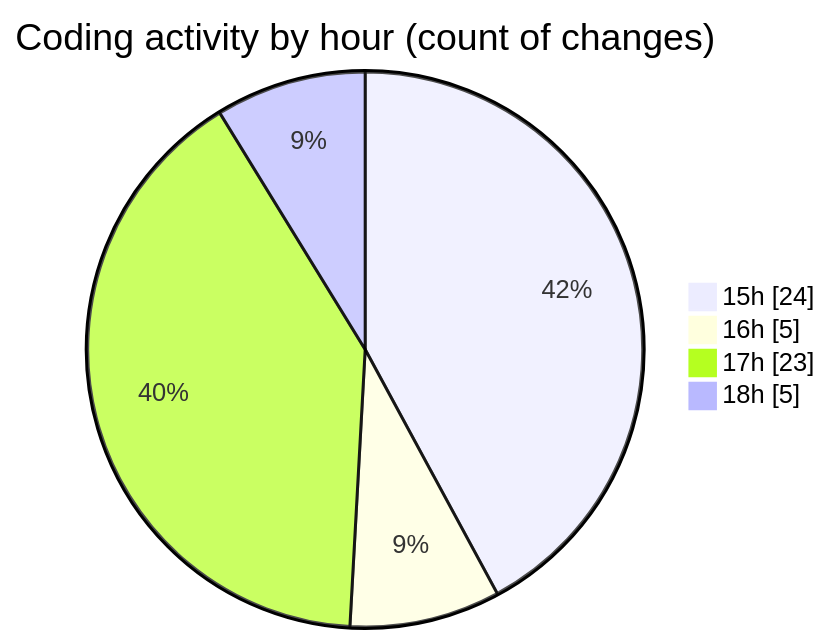
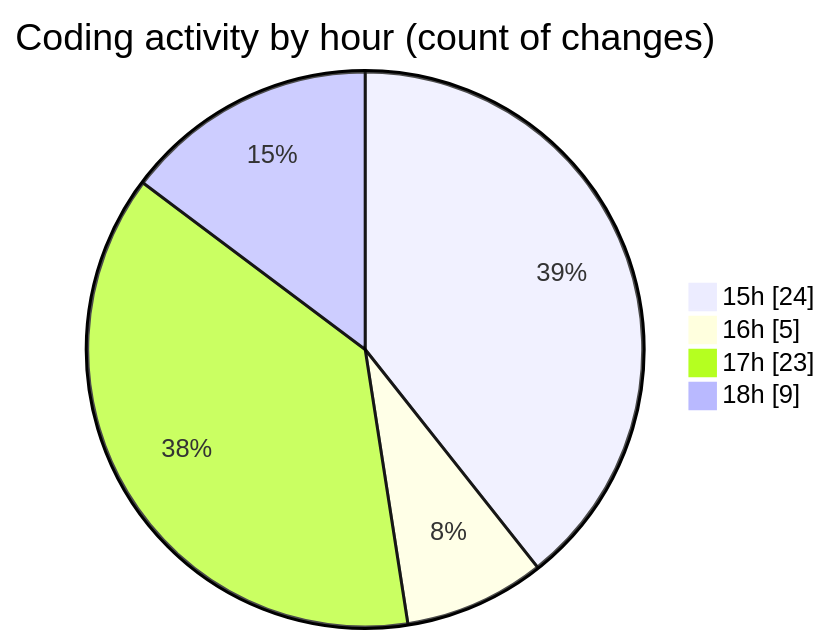
Before and after one commit to EIIisD/code-tracking: the second of 2 diagrams in 2025-08-02/tw-server/README.md, drawn with Mermaid. The commit also changed other lines of this file and 1 other file, not shown here.

````diff
--- a/2025-08-02/tw-server/README.md
+++ b/2025-08-02/tw-server/README.md
@@ -35,8 +36,8 @@
 ```mermaid
 pie showData
 title Coding activity by hour (count of changes)
 "15h" : 24
 "16h" : 5
 "17h" : 23
-"18h" : 5
+"18h" : 9
 ```
````
